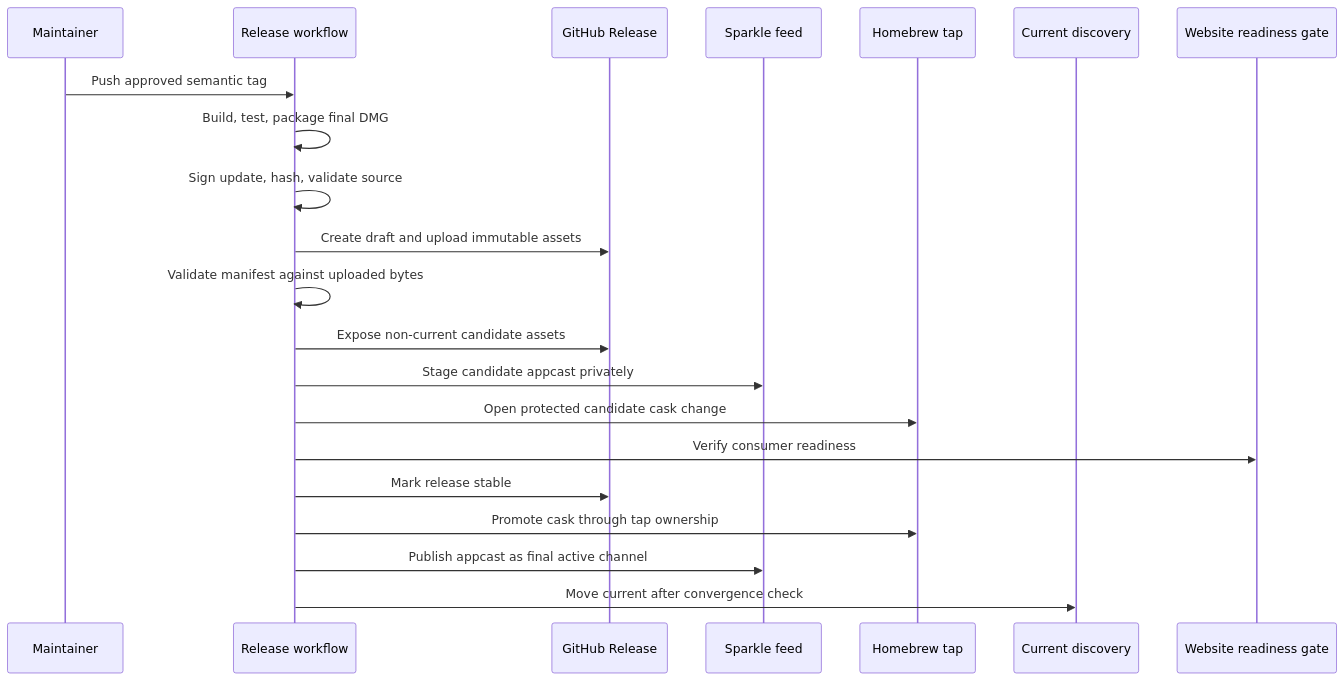
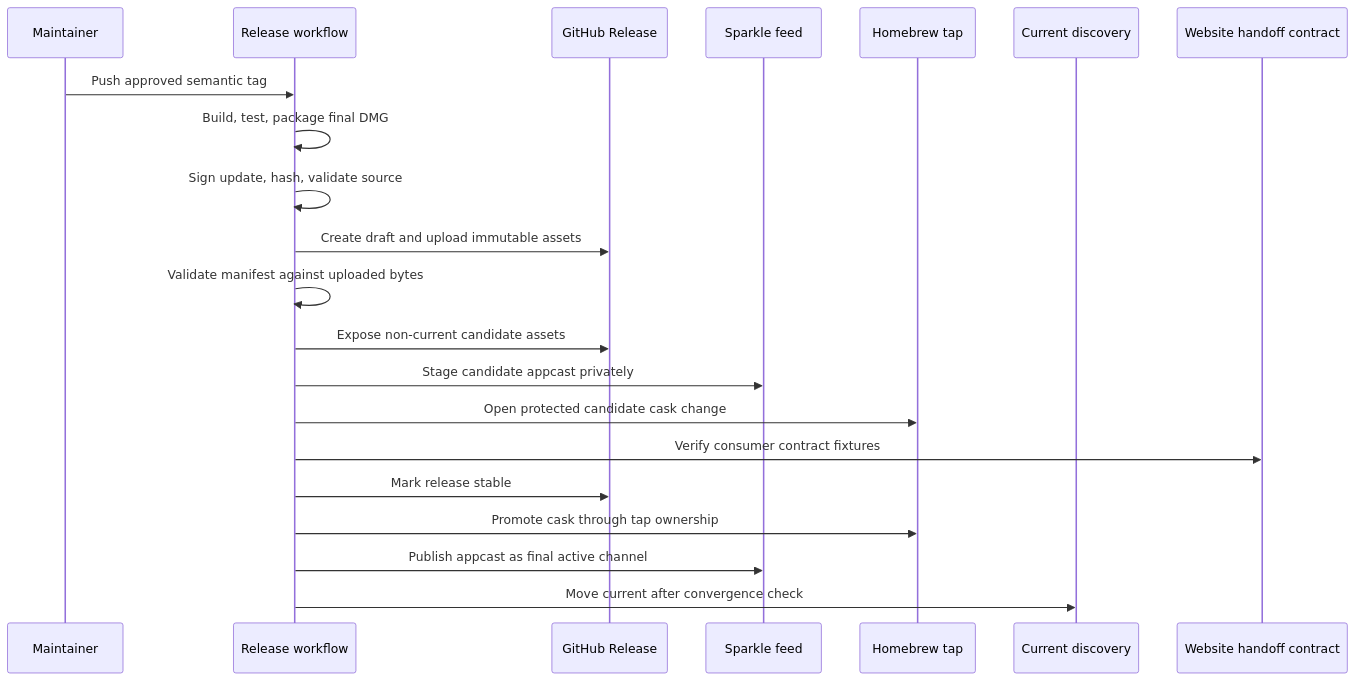
The third of 8 diagrams in docs/plans/2026-08-01-001-feat-open-source-distribution-donations-plan.md (taobaorun/keep3), drawn with Mermaid before and after one commit. The commit also changed other lines of this file and 9 other files, not shown here.

````diff
--- a/docs/plans/2026-08-01-001-feat-open-source-distribution-donations-plan.md
+++ b/docs/plans/2026-08-01-001-feat-open-source-distribution-donations-plan.md
@@ -285,23 +286,23 @@
 ```mermaid
 sequenceDiagram
   participant M as Maintainer
   participant CI as Release workflow
   participant GH as GitHub Release
   participant S as Sparkle feed
   participant H as Homebrew tap
   participant C as Current discovery
-  participant W as Website readiness gate
+  participant W as Website handoff contract
   M->>CI: Push approved semantic tag
   CI->>CI: Build, test, package final DMG
   CI->>CI: Sign update, hash, validate source
   CI->>GH: Create draft and upload immutable assets
   CI->>CI: Validate manifest against uploaded bytes
   CI->>GH: Expose non-current candidate assets
   CI->>S: Stage candidate appcast privately
   CI->>H: Open protected candidate cask change
-  CI->>W: Verify consumer readiness
+  CI->>W: Verify consumer contract fixtures
   CI->>GH: Mark release stable
   CI->>H: Promote cask through tap ownership
   CI->>S: Publish appcast as final active channel
   CI->>C: Move current after convergence check
 ```
````
